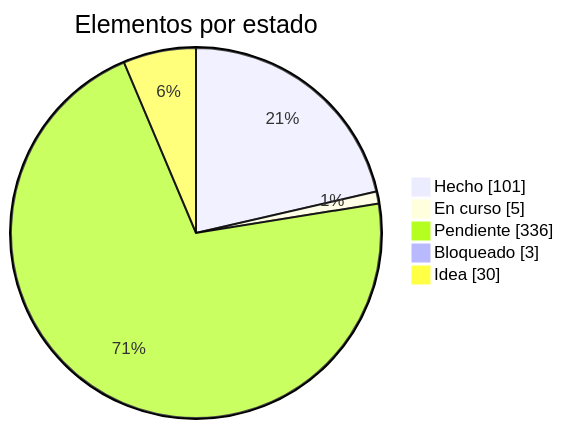
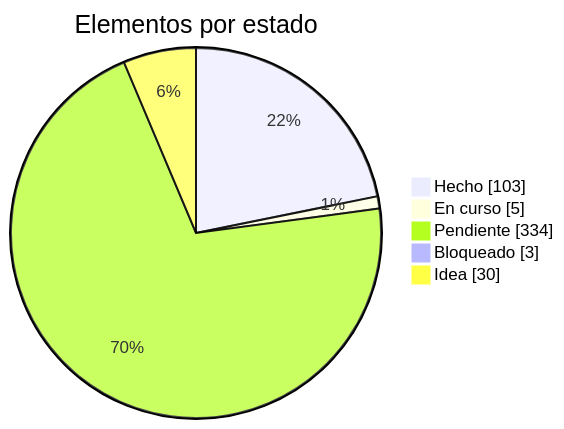
The first of 2 diagrams in docs/roadmap.md (dariogea/BM27), drawn with Mermaid before and after one commit. The commit also changed other lines of this file and 17 other files, not shown here.

````diff
--- a/docs/roadmap.md
+++ b/docs/roadmap.md
@@ -13,8 +13,8 @@
 ```mermaid
 pie showData title Elementos por estado
-  "Hecho" : 101
+  "Hecho" : 103
   "En curso" : 5
-  "Pendiente" : 336
+  "Pendiente" : 334
   "Bloqueado" : 3
   "Idea" : 30
 ```
````
